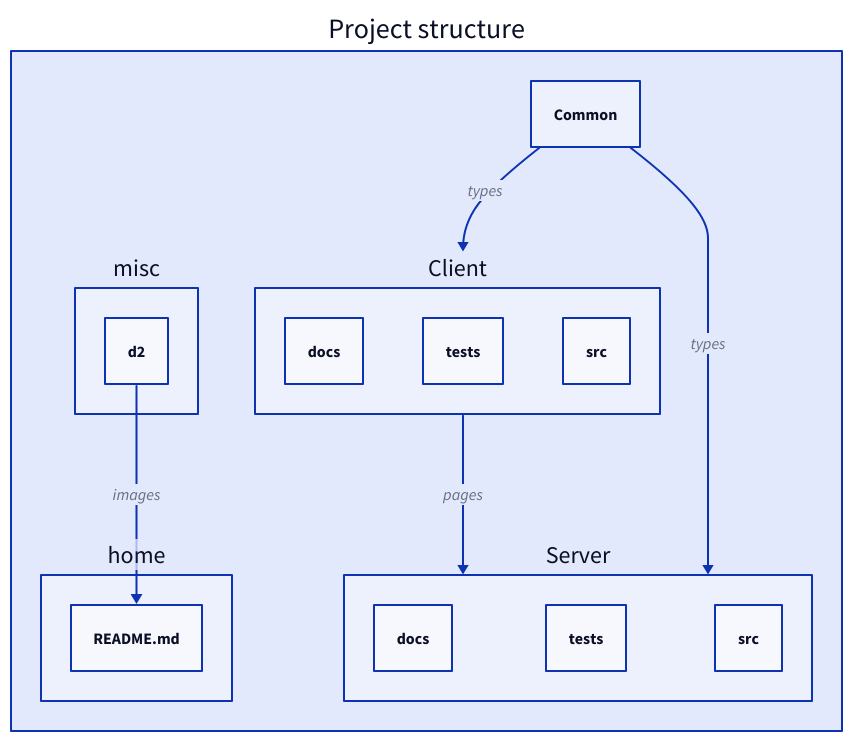
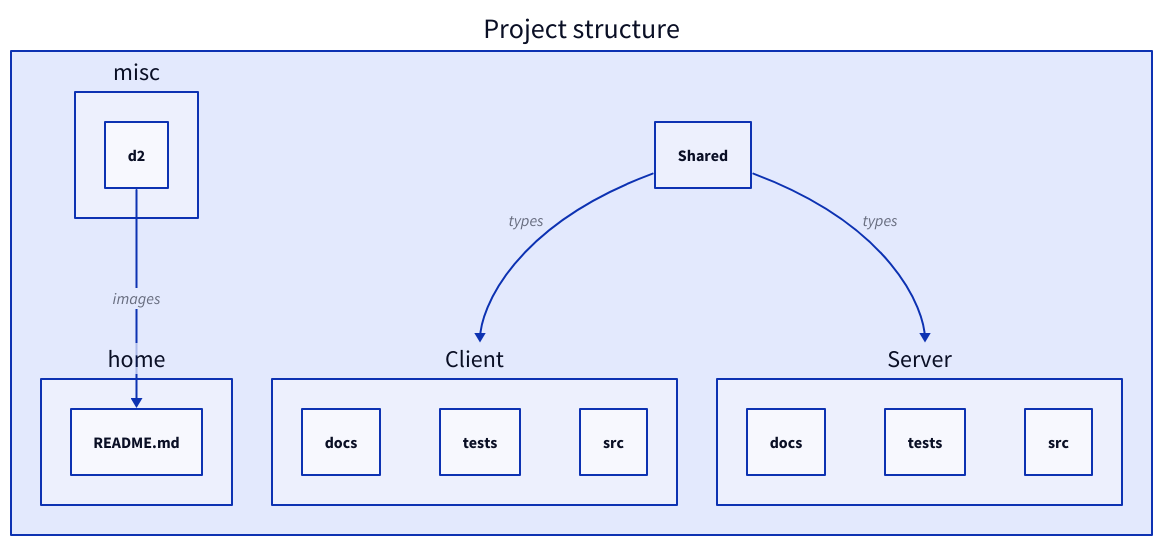
Before and after one commit to nicolasventer/React-Project-Template: the diagram in misc/d2/project_structure.d2, drawn with D2. The commit also changed 116 other files, not shown here.

```diff
--- a/misc/d2/project_structure.d2
+++ b/misc/d2/project_structure.d2
@@ -1,21 +1,20 @@
 Project structure: {
   misc: {
     d2
   }
   home: {
     "README.md"
   }
   misc.d2 -> home."README.md": images
   Client: {
     docs
     tests
     src
   }
   Server: {
     docs
     tests
     src
   }
-  Client -> Server: pages
-  Client <- Common -> Server: types
+  Client <- Shared -> Server: types
 }
```
